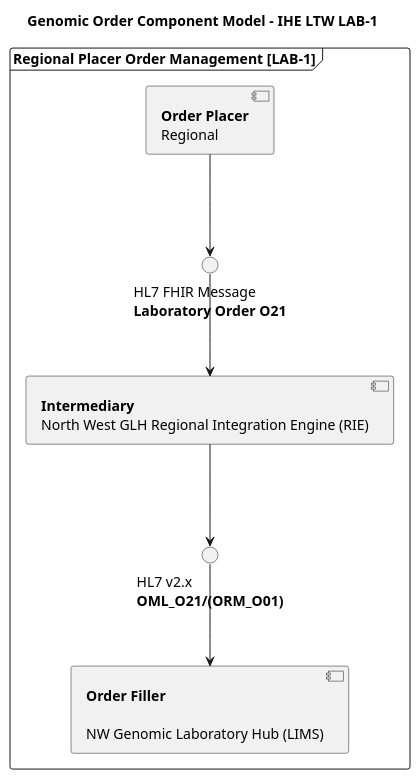
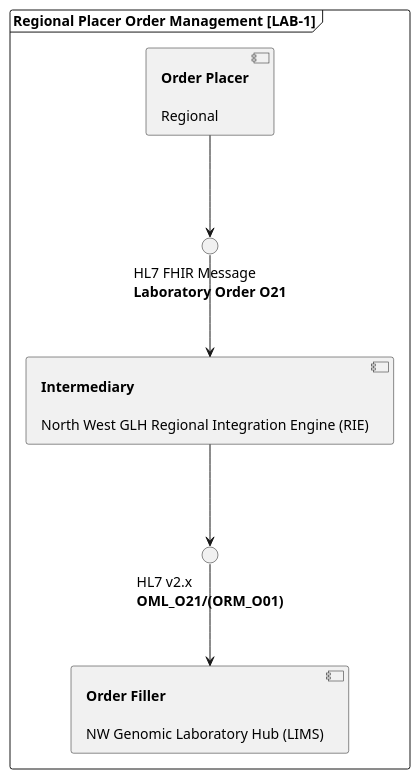
One commit to nw-gmsa/nw-gmsa.github.com changed the diagram in input/images-source/LAB1-component.plantuml. Above: the diagram before and after it, drawn with PlantUML. The commit also changed 5 other files, not shown here.

```diff
--- a/input/images-source/LAB1-component.plantuml
+++ b/input/images-source/LAB1-component.plantuml
@@ -1,26 +1,24 @@
 @startuml
-
-title "Genomic Order Component Model - IHE LTW LAB-1"
 
 frame "Regional Placer Order Management [LAB-1]" as LAB1 {
   component "**Order Filler**\n\nNW Genomic Laboratory Hub (LIMS)" as LIMS
-  component "**Order Placer**\nRegional" as EPR
-  component "**Intermediary**\nNorth West GLH Regional Integration Engine (RIE)" as TIE
+  component "**Order Placer**\n\nRegional" as EPR
+  component "**Intermediary**\n\nNorth West GLH Regional Integration Engine (RIE)" as TIE
 
  interface "HL7 FHIR Message\n**Laboratory Order O21**" as HL7_ORM1
 
  interface "HL7 v2.x\n**OML_O21/(ORM_O01)**" as HL7_ORM2
 
 
   EPR -d-> HL7_ORM1
   HL7_ORM1 -d-> TIE
   TIE -d-> HL7_ORM2
 }
 
 
 
 HL7_ORM2 -d-> LIMS
 
 
 
 @enduml
```
